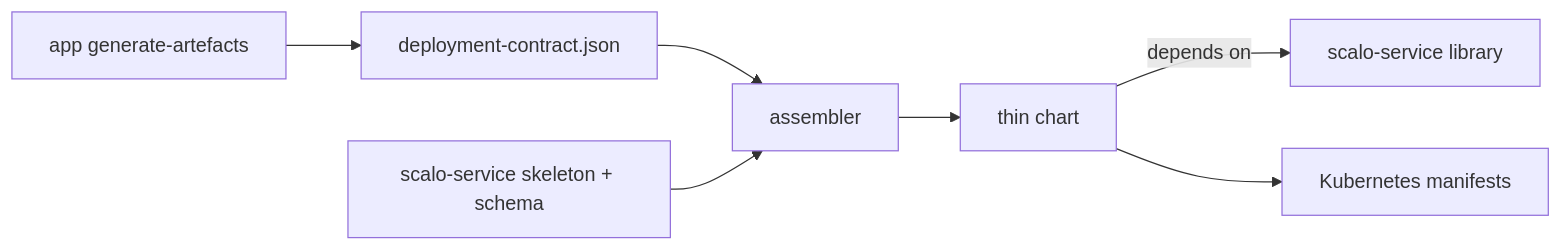
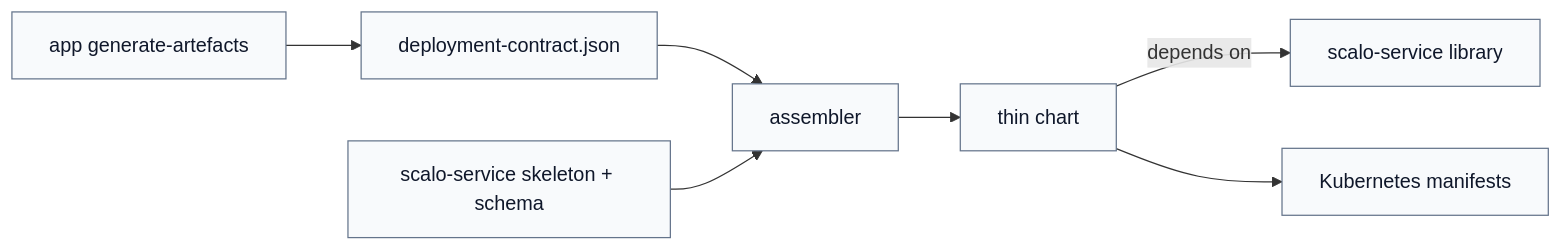
One commit to hyperi-io/scalo-rs changed the diagram in charts/scalo-service/README.md. Above: the diagram before and after it, drawn with Mermaid. The commit also changed other lines of this file and 2 other files, not shown here.

First line of the commit message:
docs(diagrams): fix scalo-service diagrams for 2.14.31

````diff
--- a/charts/scalo-service/README.md
+++ b/charts/scalo-service/README.md
@@ -5,9 +7,12 @@
 ```mermaid
 flowchart LR
+  accTitle: L4 Detail -- scalo-service thin chart
+  accDescr: The app writes its deployment contract. An assembler combines it with the scalo-service skeleton and schema into a thin chart. The thin chart depends on the scalo-service library and renders the Kubernetes manifests.
   A[app generate-artefacts] --> C[deployment-contract.json]
   C --> S[assembler]
   K[scalo-service skeleton + schema] --> S
   S --> T[thin chart]
   T -->|depends on| L[scalo-service library]
   T --> M[Kubernetes manifests]
+  classDef default fill:#F8FAFC,stroke:#64748B,stroke-width:1px,color:#0F172A
 ```
````
